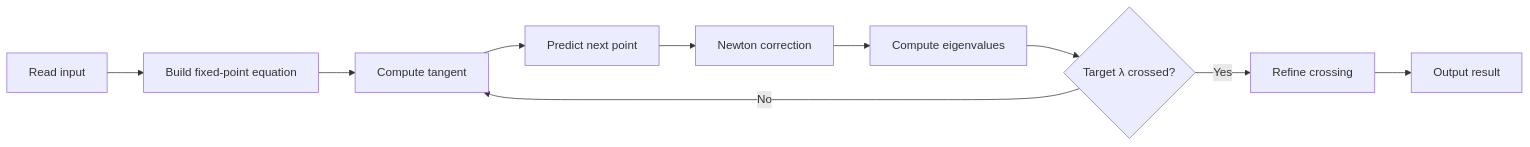
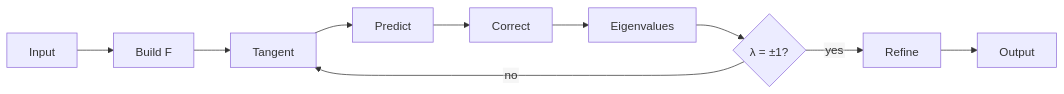
One commit to viktoriia-competitive/bifurcation-continuation-solver changed the third of 3 diagrams in README.md. Above: the diagram before and after it, drawn with Mermaid.

Commit message:
Update algorithm flowchart in README.md

````diff
--- a/README.md
+++ b/README.md
@@ -183,12 +183,16 @@
 ```mermaid
+---
+config:
+  htmlLabels: false
+---
 flowchart LR
-    A["Read input"] --> B["Build fixed-point equation"]
-    B --> C["Compute tangent"]
-    C --> D["Predict next point"]
-    D --> E["Newton correction"]
-    E --> F["Compute eigenvalues"]
-    F --> G{"Target λ crossed?"}
-    G -- "No" --> C
-    G -- "Yes" --> H["Refine crossing"]
-    H --> I["Output result"]
+    A["Input"] --> B["Build F"]
+    B --> C["Tangent"]
+    C --> D["Predict"]
+    D --> E["Correct"]
+    E --> F["Eigenvalues"]
+    F --> G{"λ = ±1?"}
+    G -- "no" --> C
+    G -- "yes" --> H["Refine"]
+    H --> I["Output"]
 ```
````
